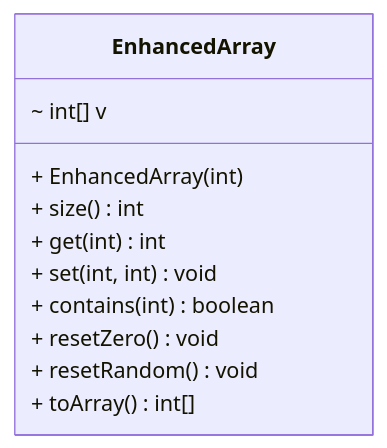
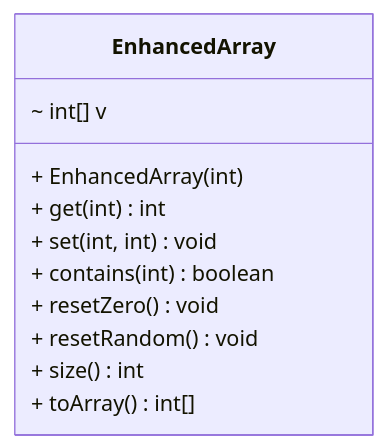
Before and after one commit to nbicocchi/learn-java-core: the sixth of 14 diagrams in src/main/java/com/nbicocchi/exercises/oop/README.md, drawn with Mermaid. The commit also changed other lines of this file and 13 other files, not shown here.

````diff
--- a/src/main/java/com/nbicocchi/exercises/oop/README.md
+++ b/src/main/java/com/nbicocchi/exercises/oop/README.md
@@ -169,15 +169,15 @@
 ```mermaid
 classDiagram
 direction BT
 class EnhancedArray {
   ~ int[] v
   + EnhancedArray(int) 
-  + size() int
   + get(int) int
   + set(int, int) void
   + contains(int) boolean
   + resetZero() void
   + resetRandom() void
+  + size() int
   + toArray() int[]
 }
 ```
````
